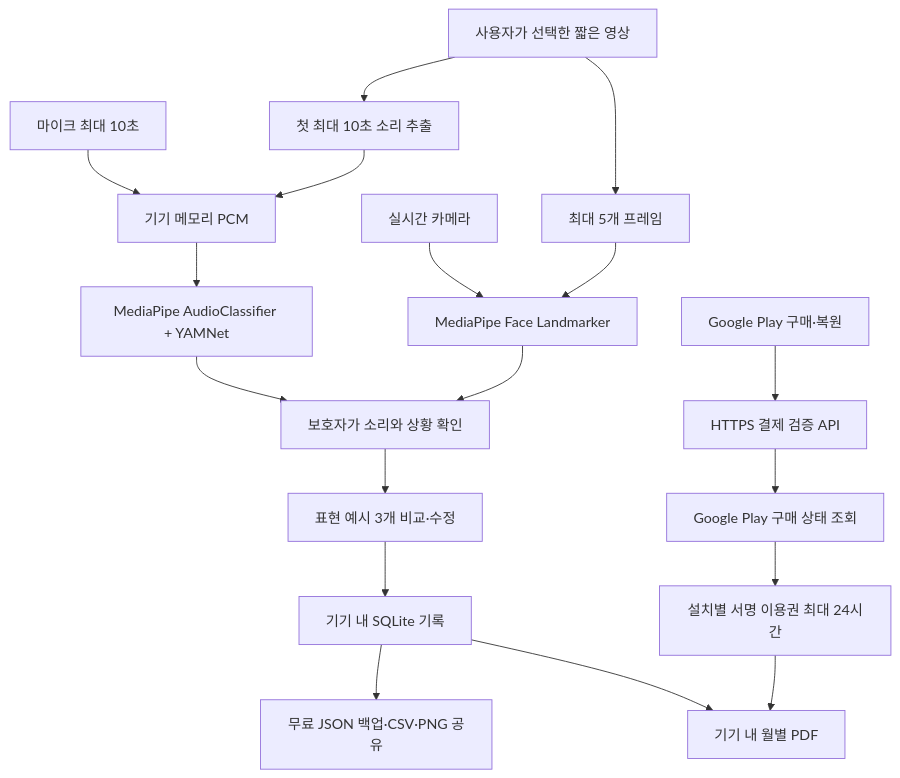
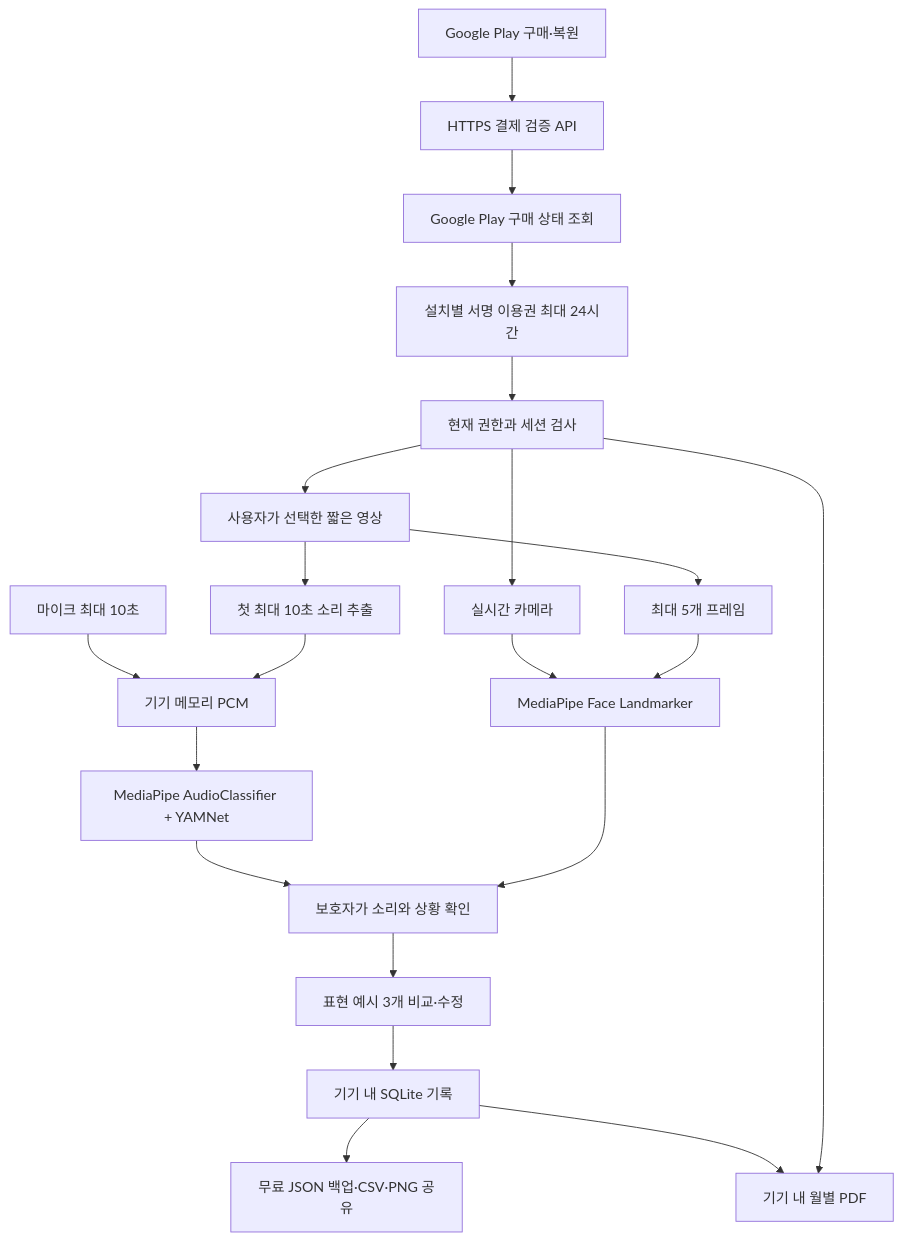
Before and after one commit to yw8837/jigeum: the diagram in outputs/Jigeum-OnDevice-Architecture.md, drawn with Mermaid. The commit also changed other lines of this file and 64 other files, not shown here.

````diff
--- a/outputs/Jigeum-OnDevice-Architecture.md
+++ b/outputs/Jigeum-OnDevice-Architecture.md
@@ -9,20 +9,23 @@
 ```mermaid
 flowchart TD
     A[마이크 최대 10초] --> B[기기 메모리 PCM]
     C[사용자가 선택한 짧은 영상] --> D[최대 5개 프레임]
     C --> E[첫 최대 10초 소리 추출]
     E --> B
     B --> F[MediaPipe AudioClassifier + YAMNet]
     G[실시간 카메라] --> H[MediaPipe Face Landmarker]
     D --> H
     F --> I[보호자가 소리와 상황 확인]
     H --> I
     I --> J[표현 예시 3개 비교·수정]
     J --> K[기기 내 SQLite 기록]
     K --> L[무료 JSON 백업·CSV·PNG 공유]
     K --> M[기기 내 월별 PDF]
     N[Google Play 구매·복원] --> O[HTTPS 결제 검증 API]
     O --> P[Google Play 구매 상태 조회]
     P --> Q[설치별 서명 이용권 최대 24시간]
-    Q --> M
+    Q --> R[현재 권한과 세션 검사]
+    R --> C
+    R --> G
+    R --> M
 ```
````
